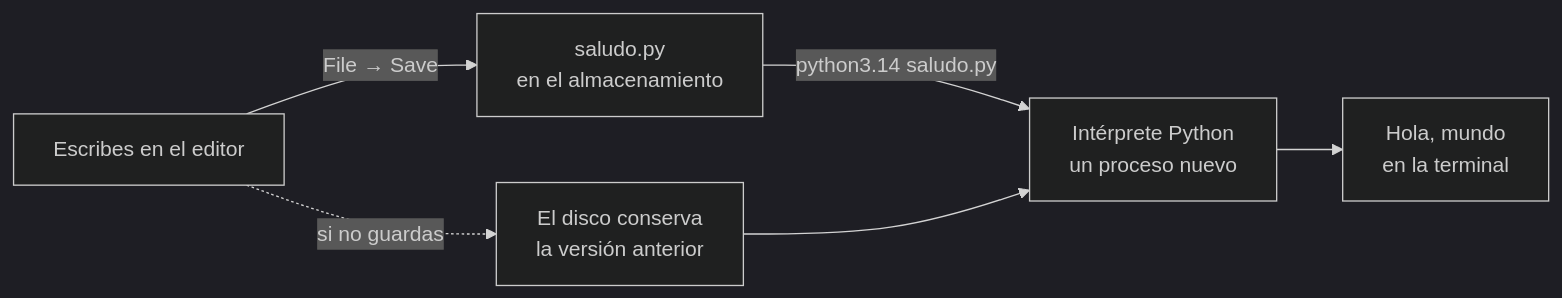
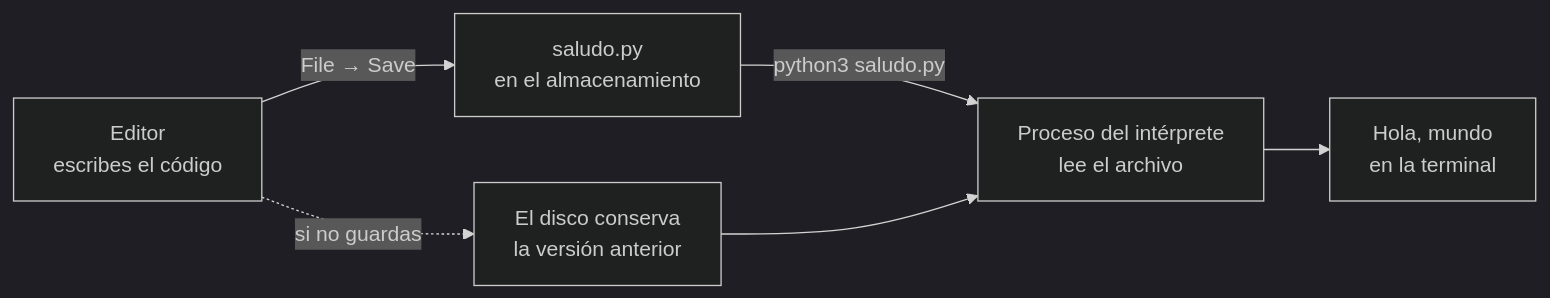
The third of 7 diagrams in web/public/content/foundations/modulo-0.md (NICORUIZ93/The_Imperial_Book), drawn with Mermaid (dark theme) before and after one commit. The commit also changed other lines of this file, not shown here.

````diff
--- a/web/public/content/foundations/modulo-0.md
+++ b/web/public/content/foundations/modulo-0.md
@@ -158,8 +443,8 @@
 ```mermaid
 flowchart LR
-    A["Escribes en el editor"] -->|"File → Save"| B["saludo.py<br/>en el almacenamiento"]
-    B -->|"python3.14 saludo.py"| C["Intérprete Python<br/>un proceso nuevo"]
+    A["Editor<br/>escribes el código"] -->|"File → Save"| B["saludo.py<br/>en el almacenamiento"]
+    B -->|"python3 saludo.py"| C["Proceso del intérprete<br/>lee el archivo"]
     C --> D["Hola, mundo<br/>en la terminal"]
     A -.->|"si no guardas"| E["El disco conserva<br/>la versión anterior"]
     E --> C
 ```
````
